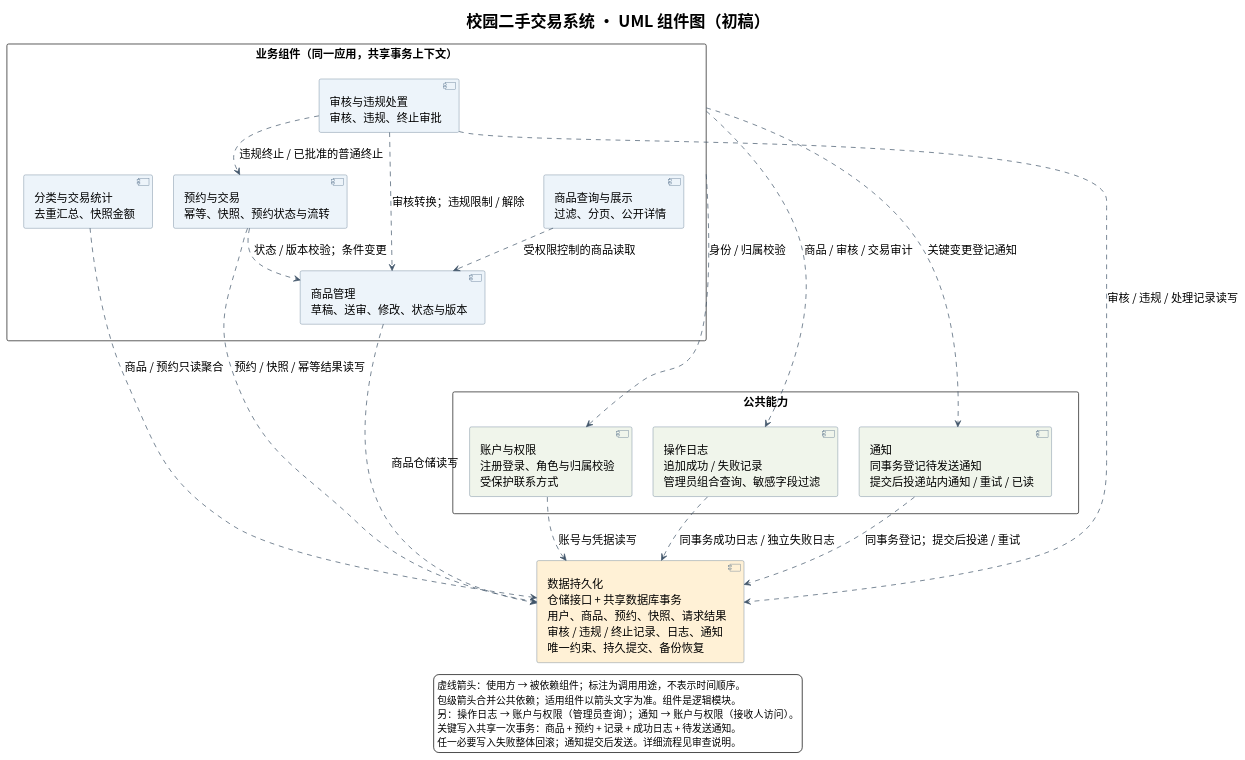
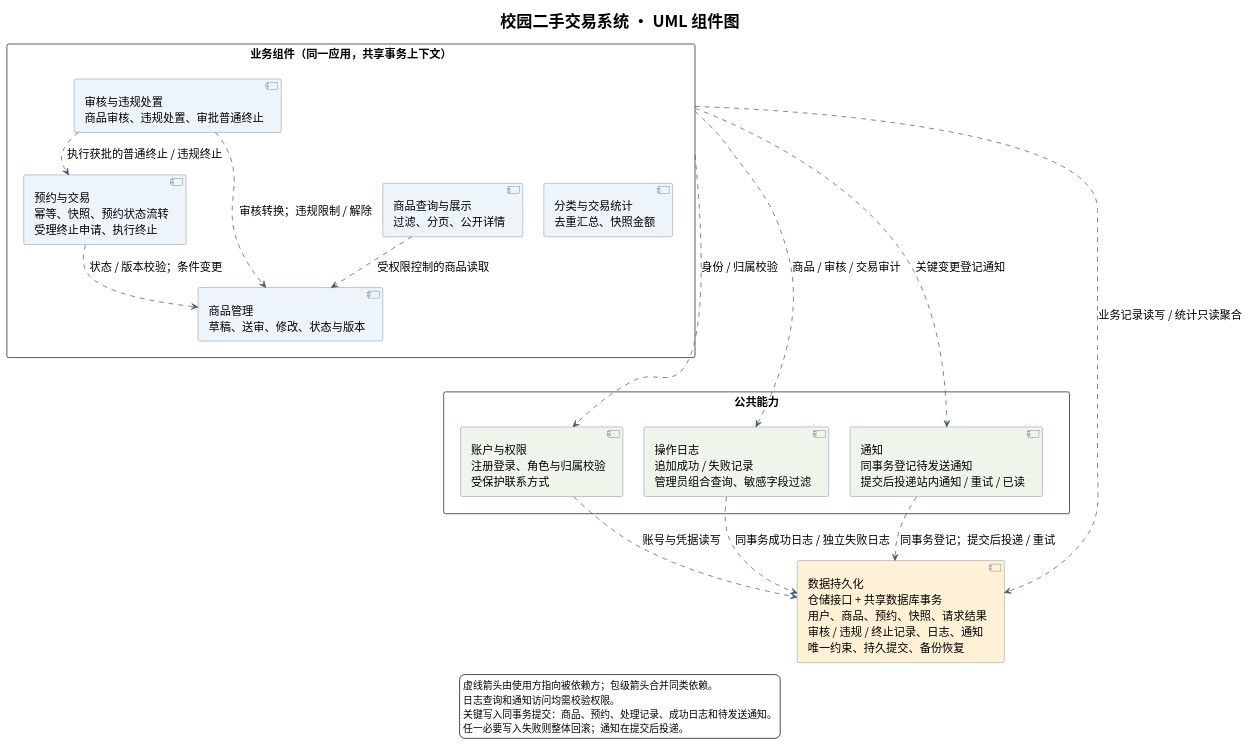
Before and after one commit to Fracwtx/se-lab2: the diagram in UML/组件图.puml, drawn with PlantUML. The commit also changed 1 other file, not shown here.

Commit message:
更新组件图的终止职责和持久化依赖

```diff
--- a/UML/组件图.puml
+++ b/UML/组件图.puml
@@ -1,60 +1,56 @@
 @startuml
-' 初稿：模块内接口调用共享事务；详细核对见 组件图审查说明.md
+' 模块内接口调用共享事务；详细核对见 组件图审查说明.md
 skinparam defaultFontName Noto Sans CJK SC
 skinparam defaultFontSize 16
 skinparam titleFontSize 23
 skinparam componentStyle uml2
 skinparam shadowing false
 skinparam backgroundColor white
 skinparam ArrowColor #42566B
 skinparam packageStyle rectangle
 skinparam nodesep 30
 skinparam ranksep 35
 skinparam wrapWidth 280
 skinparam component {
  BackgroundColor #EDF4FA
  BorderColor #486581
 }
 top to bottom direction
-title 校园二手交易系统 · UML 组件图（初稿）
+title 校园二手交易系统 · UML 组件图
 package "业务组件（同一应用，共享事务上下文）" as B {
- component "审核与违规处置\n审核、违规、终止审批" as M
- component "预约与交易\n幂等、快照、预约状态与流转" as T
+ component "审核与违规处置\n商品审核、违规处置、审批普通终止" as M
+ component "预约与交易\n幂等、快照、预约状态流转\n受理终止申请、执行终止" as T
  component "商品管理\n草稿、送审、修改、状态与版本" as P
  component "商品查询与展示\n过滤、分页、公开详情" as Q
  component "分类与交易统计\n去重汇总、快照金额" as S
- M ..> T : 违规终止 / 已批准的普通终止
+ M ..> T : 执行获批的普通终止 / 违规终止
  M ..> P : 审核转换；违规限制 / 解除
  T ..> P : 状态 / 版本校验；条件变更
  Q ..> P : 受权限控制的商品读取
  Q -[hidden]right-> S
 }
 package "公共能力" as C {
  component "账户与权限\n注册登录、角色与归属校验\n受保护联系方式" as A #F0F5EB
  component "操作日志\n追加成功 / 失败记录\n管理员组合查询、敏感字段过滤" as L #F0F5EB
  component "通知\n同事务登记待发送通知\n提交后投递站内通知 / 重试 / 已读" as N #F0F5EB
 }
 component "数据持久化\n仓储接口 + 共享数据库事务\n用户、商品、预约、快照、请求结果\n审核 / 违规 / 终止记录、日志、通知\n唯一约束、持久提交、备份恢复" as D #FFF1D6
 B .down.> A : 身份 / 归属校验
 B .down.> L : 商品 / 审核 / 交易审计
 B .down.> N : 关键变更登记通知
-S .down.> D : 商品 / 预约只读聚合
-P .down.> D : 商品仓储读写
-T .down.> D : 预约 / 快照 / 幂等结果读写
-M .down.> D : 审核 / 违规 / 处理记录读写
+B .down.> D : 业务记录读写 / 统计只读聚合
 A ..> D : 账号与凭据读写
 L ..> D : 同事务成功日志 / 独立失败日志
 N ..> D : 同事务登记；提交后投递 / 重试
 ' 日志与通知的权限依赖合并在图例，避免回边干扰布局。
 P -[hidden]down-> A
 C -[hidden]down-> D
 A -[hidden]right-> L
 L -[hidden]right-> N
 legend bottom
-  虚线箭头：使用方 → 被依赖组件；标注为调用用途，不表示时间顺序。
-  包级箭头合并公共依赖；适用组件以箭头文字为准。组件是逻辑模块。
-  另：操作日志 → 账户与权限（管理员查询）；通知 → 账户与权限（接收人访问）。
-  关键写入共享一次事务：商品 + 预约 + 记录 + 成功日志 + 待发送通知。
-  任一必要写入失败整体回滚；通知提交后发送。详细流程见审查说明。
+  虚线箭头由使用方指向被依赖方；包级箭头合并同类依赖。
+  日志查询和通知访问均需校验权限。
+  关键写入同事务提交：商品、预约、处理记录、成功日志和待发送通知。
+  任一必要写入失败则整体回滚；通知在提交后投递。
 endlegend
 @enduml
```
